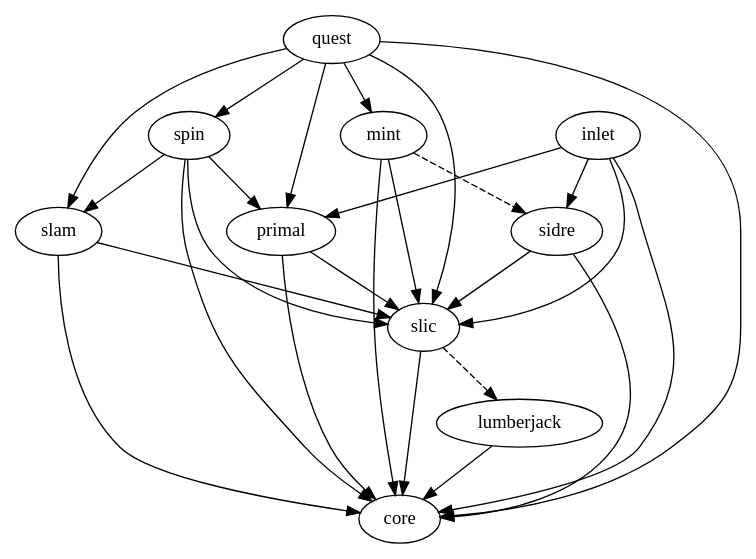
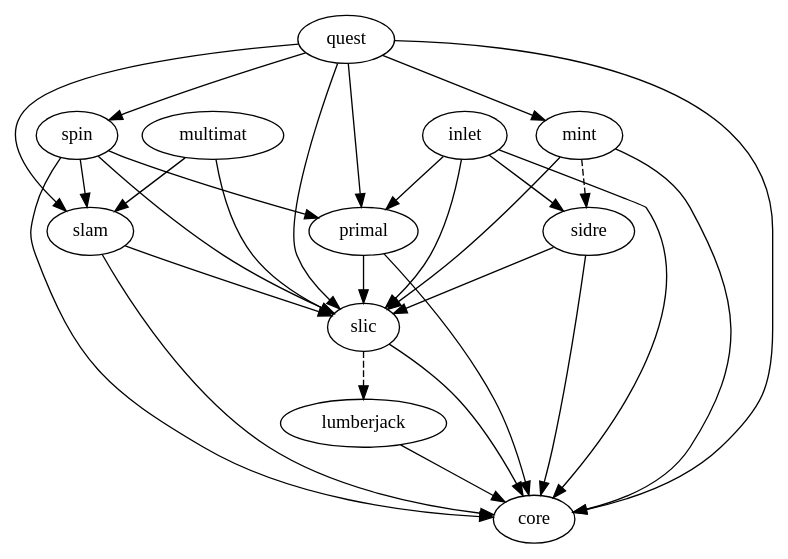
The diagram in src/docs/dependencies.dot (LLNL/axom), drawn with Graphviz before and after one commit. The commit also changed 6 other files, not shown here.

```diff
--- a/src/docs/dependencies.dot
+++ b/src/docs/dependencies.dot
@@ -1,11 +1,12 @@
 digraph dependencies {
   quest -> {slam primal mint spin};
   {quest slam primal mint spin} -> {slic core};
   mint -> sidre [style="dashed"];
+  multimat -> {slic slam};
   spin -> {slam primal};
   sidre -> {slic core};
   slic -> core;
   slic -> lumberjack [style="dashed"];
   lumberjack -> core;
   inlet -> {sidre slic primal core};
 }
```
